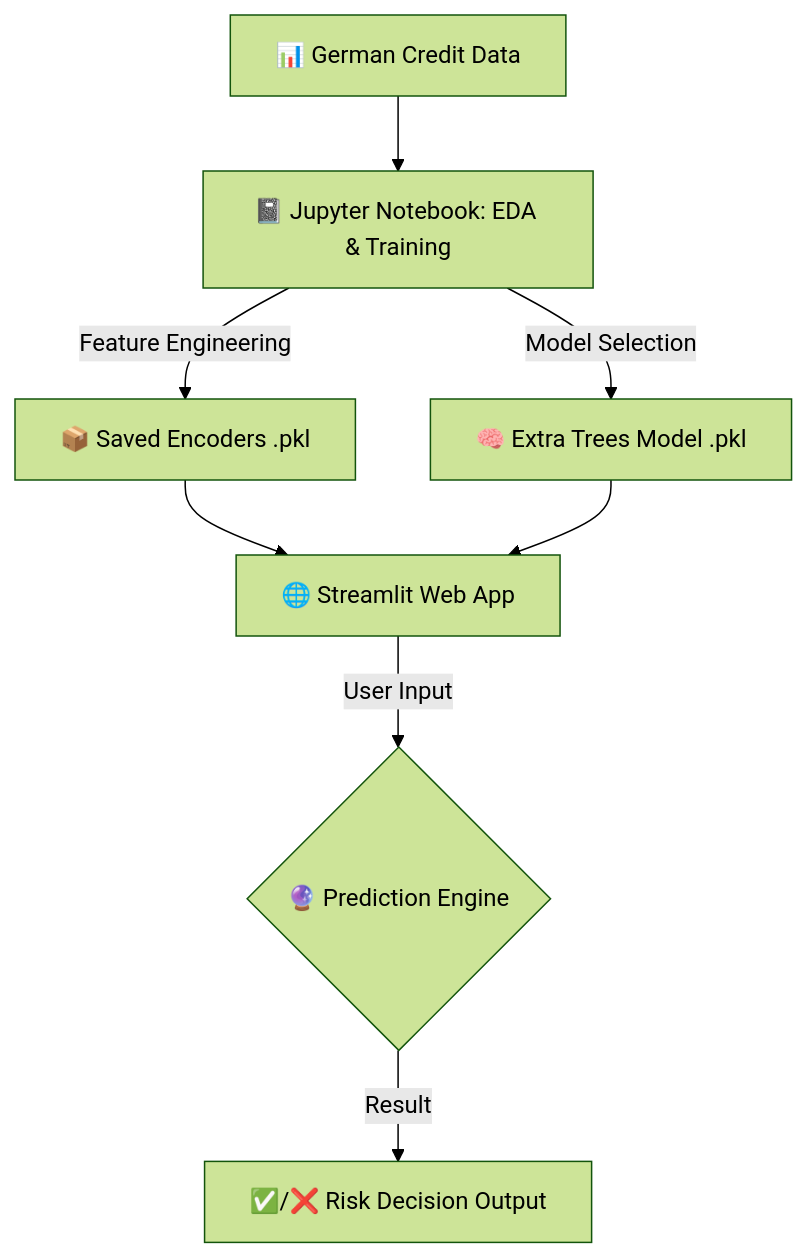
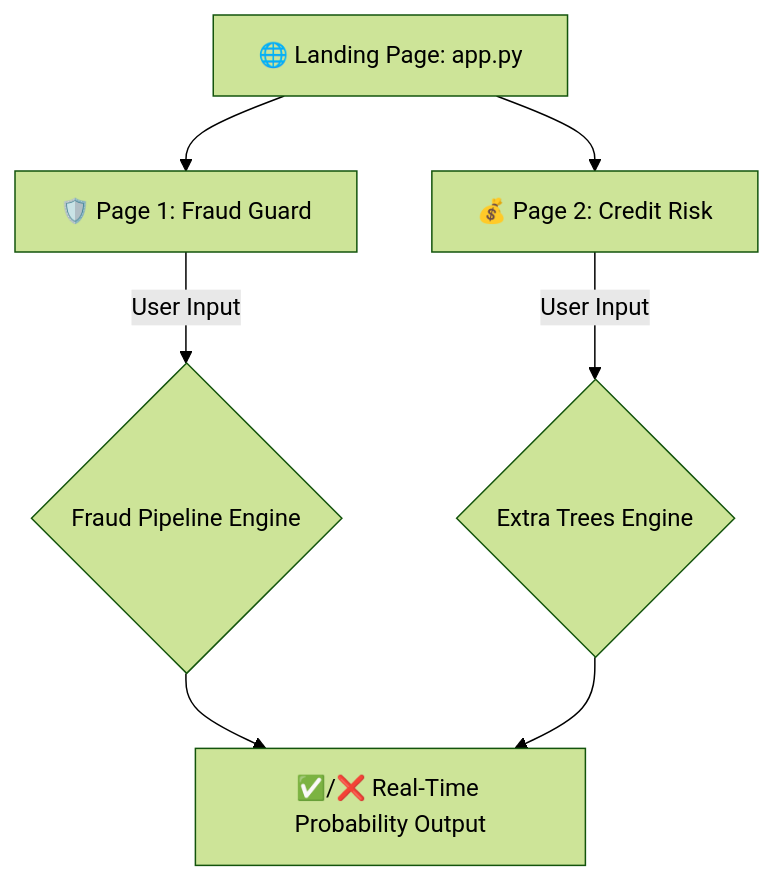
The diagram in README.md (thayss-tech/ML-DEPLOYMENT-WEB-APP), drawn with Mermaid (forest theme) before and after one commit. The commit also changed other lines of this file, not shown here.

````diff
--- a/README.md
+++ b/README.md
@@ -79,9 +74,8 @@
 ```mermaid
 graph TD
-    A[📊 German Credit Data] --> B[📓 Jupyter Notebook: EDA & Training]
-    B -- Feature Engineering --> C[📦 Saved Encoders .pkl]
-    B -- Model Selection --> D[🧠 Extra Trees Model .pkl]
-    C & D --> E[🌐 Streamlit Web App]
-    E -- User Input --> F{🔮 Prediction Engine}
-    F -- Result --> G[✅/❌ Risk Decision Output]
+    A[🌐 Landing Page: app.py] --> B[🛡️ Page 1: Fraud Guard]
+    A --> C[💰 Page 2: Credit Risk]
+    B -- User Input --> D{Fraud Pipeline Engine}
+    C -- User Input --> E{Extra Trees Engine}
+    D & E --> F[✅/❌ Real-Time Probability Output]
 ```
````
